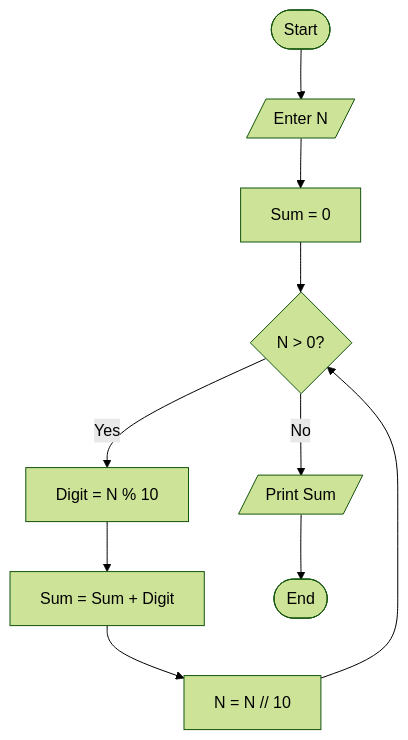
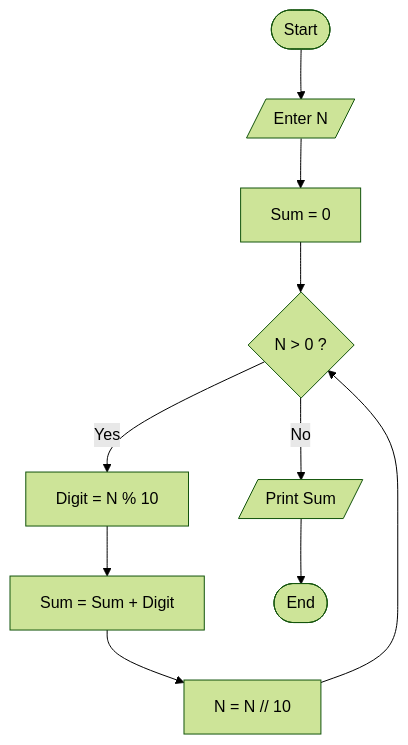
Diagram 13 of 20 in README.md (cwa-web/BasicPythonPrograms), drawn with Mermaid (forest theme) before and after one commit. The commit also changed other lines of this file, not shown here.

First line of the commit message:
Refactor flow diagrams to use Mermaid syntax

````diff
--- a/README.md
+++ b/README.md
@@ -398,12 +414,12 @@
   ```mermaid
   flowchart TD
       A([Start]) --> B[/Enter N/]
-      B --> C[Sum = 0]
-      C --> D{N > 0?}
-      D -- Yes --> E[Digit = N % 10]
-      E --> F[Sum = Sum + Digit]
-      F --> G[N = N // 10]
+      B --> C["Sum = 0"]
+      C --> D{"N > 0 ?"}
+      D -- Yes --> E["Digit = N % 10"]
+      E --> F["Sum = Sum + Digit"]
+      F --> G["N = N // 10"]
       G --> D
       D -- No --> H[/Print Sum/]
       H --> I([End])
   ```
````
